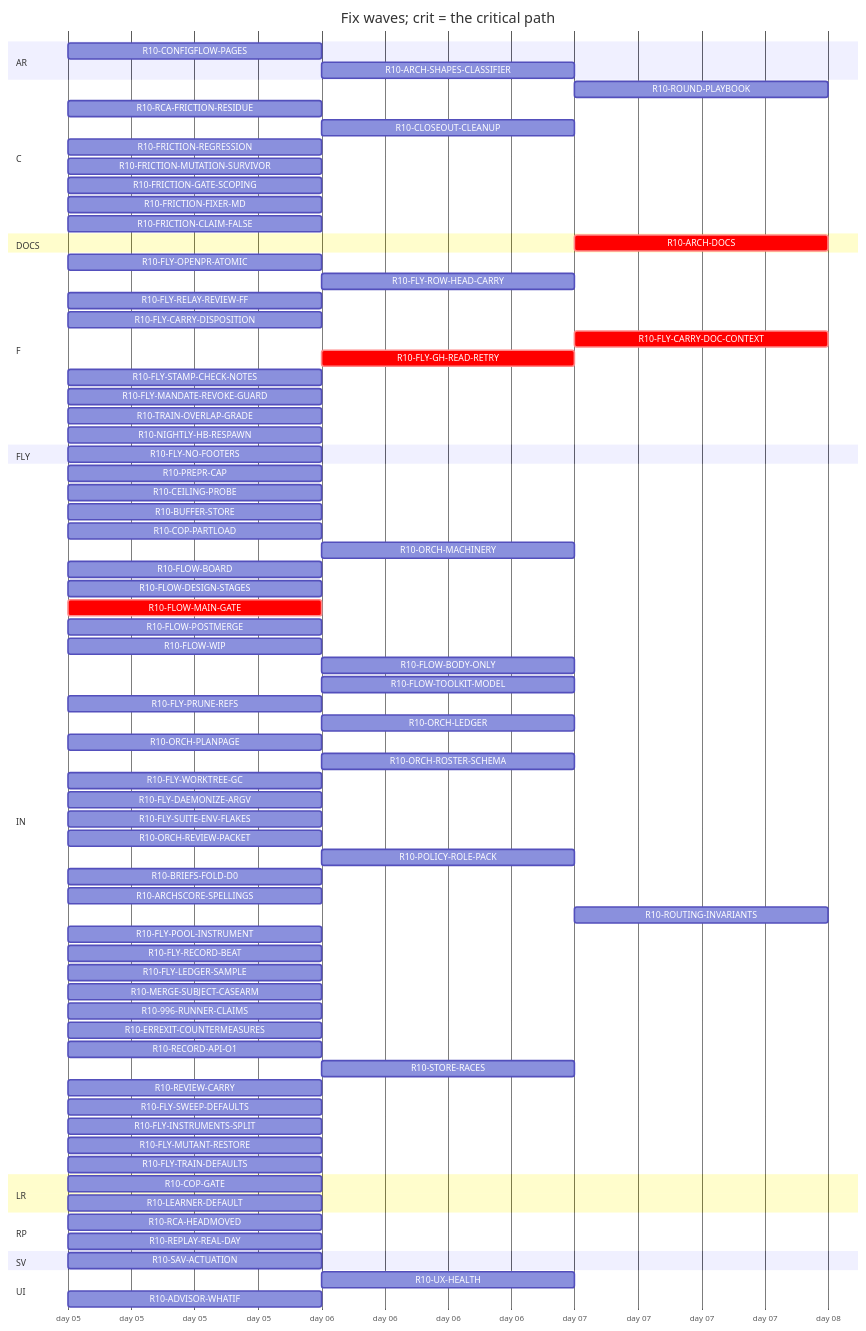
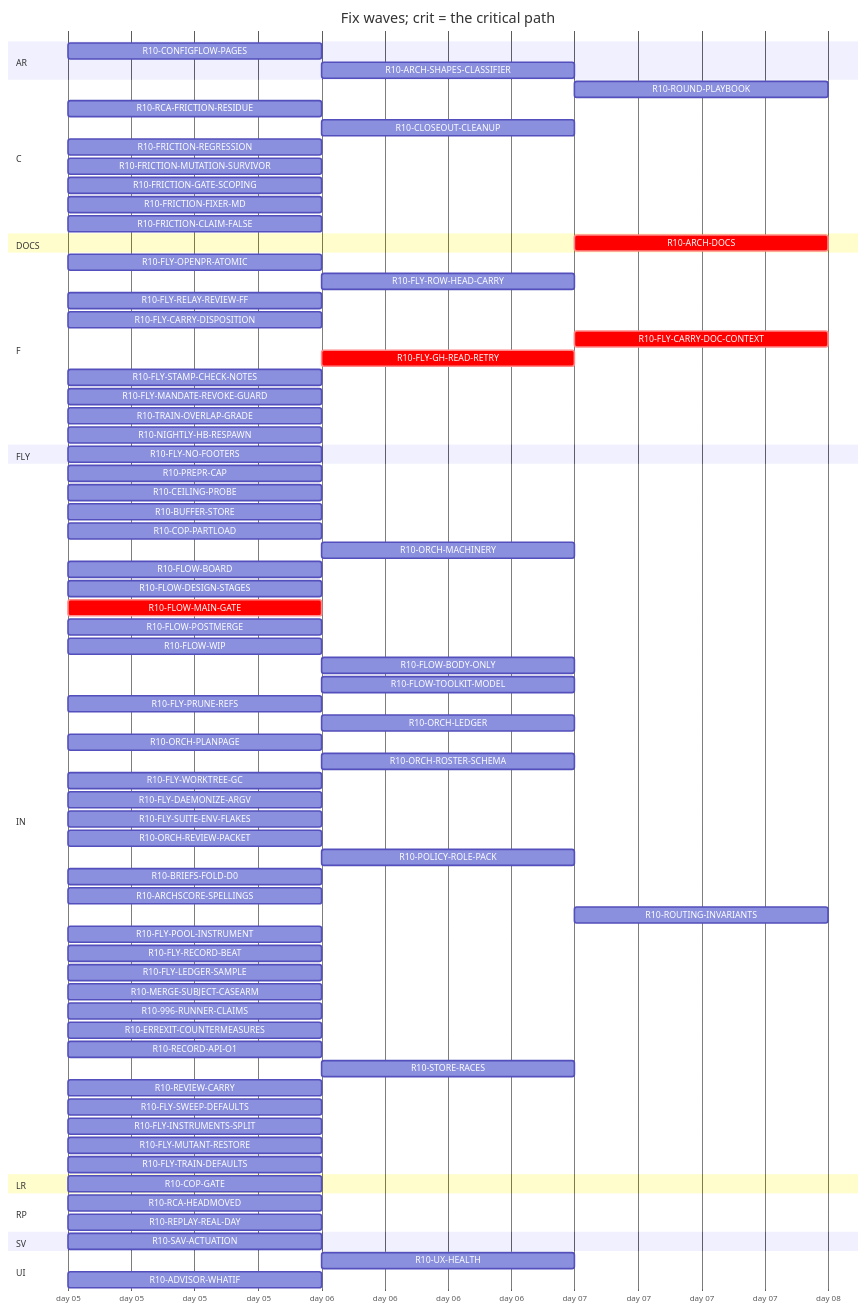
Before and after one commit to tvofi/heatpump_optimizer: the diagram in handoff/round10/state/PLAN-TABLE.md, drawn with Mermaid. The commit also changed other lines of this file and 3 other files, not shown here.

Commit message:
state: FLOW-BOARD.md, NEXT-SESSION-PROMPT.md, PLAN-TABLE.md, RESUME-CURRENT.md regenerated (state_docs.py)

````diff
--- a/handoff/round10/state/PLAN-TABLE.md
+++ b/handoff/round10/state/PLAN-TABLE.md
@@ -23,82 +23,81 @@
 ```mermaid
 gantt
   title Fix waves; crit = the critical path
   dateFormat YYYY-MM-DD
   axisFormat day %d
   section AR
     R10-CONFIGFLOW-PAGES :r10CONFIGFLOWPAGES, 2026-01-05, 1d
     R10-ARCH-SHAPES-CLASSIFIER :r10ARCHSHAPESCLASSIFIER, after r10996RUNNERCLAIMS, 1d
   section C
     R10-ROUND-PLAYBOOK :r10ROUNDPLAYBOOK, after r10ORCHLEDGER r10ORCHPLANPAGE r10FLOWMAINGATE r10FLYRELAYREVIEWFF r10FLOWBODYONLY, 1d
     R10-RCA-FRICTION-RESIDUE :r10RCAFRICTIONRESIDUE, 2026-01-05, 1d
     R10-CLOSEOUT-CLEANUP :r10CLOSEOUTCLEANUP, after r10FLYPRUNEREFS r10FLYWORKTREEGC, 1d
     R10-FRICTION-REGRESSION :r10FRICTIONREGRESSION, 2026-01-05, 1d
     R10-FRICTION-MUTATION-SURVIVOR :r10FRICTIONMUTATIONSURVIVOR, 2026-01-05, 1d
     R10-FRICTION-GATE-SCOPING :r10FRICTIONGATESCOPING, 2026-01-05, 1d
     R10-FRICTION-FIXER-MD :r10FRICTIONFIXERMD, 2026-01-05, 1d
     R10-FRICTION-CLAIM-FALSE :r10FRICTIONCLAIMFALSE, 2026-01-05, 1d
   section DOCS
-    R10-ARCH-DOCS :crit, r10ARCHDOCS, after r10COPGATE r10UXHEALTH r10CONFIGFLOWPAGES r10RCAHEADMOVED r10CEILINGPROBE r10BUFFERSTORE r10COPPARTLOAD r10LEARNERDEFAULT r10FLOWBOARD r10FLOWDESIGNSTAGES r10FLOWPOSTMERGE r10FLOWWIP r10FLOWBODYONLY r10FLYOPENPRATOMIC r10FLYROWHEADCARRY r10FLYRELAYREVIEWFF r10FLYCARRYDISPOSITION r10FLYCARRYDOCCONTEXT r10FLOWTOOLKITMODEL r10FLYSTAMPCHECKNOTES r10FLYMANDATEREVOKEGUARD r10RCAFRICTIONRESIDUE r10TRAINOVERLAPGRADE r10NIGHTLYHBRESPAWN r10FLYPRUNEREFS r10ORCHLEDGER r10ORCHPLANPAGE r10ORCHROSTERSCHEMA r10FLYWORKTREEGC r10FLYDAEMONIZEARGV r10ORCHREVIEWPACKET r10POLICYROLEPACK r10BRIEFSFOLDD0 r10REPLAYREALDAY r10ARCHSCORESPELLINGS r10SAVACTUATION r10FLYLEDGERSAMPLE, 1d
+    R10-ARCH-DOCS :crit, r10ARCHDOCS, after r10COPGATE r10UXHEALTH r10CONFIGFLOWPAGES r10RCAHEADMOVED r10CEILINGPROBE r10BUFFERSTORE r10COPPARTLOAD r10FLOWBOARD r10FLOWDESIGNSTAGES r10FLOWPOSTMERGE r10FLOWWIP r10FLOWBODYONLY r10FLYOPENPRATOMIC r10FLYROWHEADCARRY r10FLYRELAYREVIEWFF r10FLYCARRYDISPOSITION r10FLYCARRYDOCCONTEXT r10FLOWTOOLKITMODEL r10FLYSTAMPCHECKNOTES r10FLYMANDATEREVOKEGUARD r10RCAFRICTIONRESIDUE r10TRAINOVERLAPGRADE r10NIGHTLYHBRESPAWN r10FLYPRUNEREFS r10ORCHLEDGER r10ORCHPLANPAGE r10ORCHROSTERSCHEMA r10FLYWORKTREEGC r10FLYDAEMONIZEARGV r10ORCHREVIEWPACKET r10POLICYROLEPACK r10BRIEFSFOLDD0 r10REPLAYREALDAY r10ARCHSCORESPELLINGS r10SAVACTUATION r10FLYLEDGERSAMPLE, 1d
   section F
     R10-FLY-OPENPR-ATOMIC :r10FLYOPENPRATOMIC, 2026-01-05, 1d
     R10-FLY-ROW-HEAD-CARRY :r10FLYROWHEADCARRY, after r10FLYOPENPRATOMIC, 1d
     R10-FLY-RELAY-REVIEW-FF :r10FLYRELAYREVIEWFF, 2026-01-05, 1d
     R10-FLY-CARRY-DISPOSITION :r10FLYCARRYDISPOSITION, 2026-01-05, 1d
     R10-FLY-CARRY-DOC-CONTEXT :crit, r10FLYCARRYDOCCONTEXT, after r10FLYGHREADRETRY, 1d
     R10-FLY-GH-READ-RETRY :crit, r10FLYGHREADRETRY, after r10FLOWMAINGATE, 1d
     R10-FLY-STAMP-CHECK-NOTES :r10FLYSTAMPCHECKNOTES, 2026-01-05, 1d
     R10-FLY-MANDATE-REVOKE-GUARD :r10FLYMANDATEREVOKEGUARD, 2026-01-05, 1d
     R10-TRAIN-OVERLAP-GRADE :r10TRAINOVERLAPGRADE, 2026-01-05, 1d
     R10-NIGHTLY-HB-RESPAWN :r10NIGHTLYHBRESPAWN, 2026-01-05, 1d
   section FLY
     R10-FLY-NO-FOOTERS :r10FLYNOFOOTERS, 2026-01-05, 1d
   section IN
     R10-PREPR-CAP :r10PREPRCAP, 2026-01-05, 1d
     R10-CEILING-PROBE :r10CEILINGPROBE, 2026-01-05, 1d
     R10-BUFFER-STORE :r10BUFFERSTORE, 2026-01-05, 1d
     R10-COP-PARTLOAD :r10COPPARTLOAD, 2026-01-05, 1d
     R10-ORCH-MACHINERY :r10ORCHMACHINERY, after r10FLOWMAINGATE, 1d
     R10-FLOW-BOARD :r10FLOWBOARD, 2026-01-05, 1d
     R10-FLOW-DESIGN-STAGES :r10FLOWDESIGNSTAGES, 2026-01-05, 1d
     R10-FLOW-MAIN-GATE :crit, r10FLOWMAINGATE, 2026-01-05, 1d
     R10-FLOW-POSTMERGE :r10FLOWPOSTMERGE, 2026-01-05, 1d
     R10-FLOW-WIP :r10FLOWWIP, 2026-01-05, 1d
     R10-FLOW-BODY-ONLY :r10FLOWBODYONLY, after r10FLYOPENPRATOMIC, 1d
     R10-FLOW-TOOLKIT-MODEL :r10FLOWTOOLKITMODEL, after r10ORCHPLANPAGE, 1d
     R10-FLY-PRUNE-REFS :r10FLYPRUNEREFS, 2026-01-05, 1d
     R10-ORCH-LEDGER :r10ORCHLEDGER, after r10FLOWMAINGATE, 1d
     R10-ORCH-PLANPAGE :r10ORCHPLANPAGE, 2026-01-05, 1d
     R10-ORCH-ROSTER-SCHEMA :r10ORCHROSTERSCHEMA, after r10FLOWMAINGATE, 1d
     R10-FLY-WORKTREE-GC :r10FLYWORKTREEGC, 2026-01-05, 1d
     R10-FLY-DAEMONIZE-ARGV :r10FLYDAEMONIZEARGV, 2026-01-05, 1d
     R10-FLY-SUITE-ENV-FLAKES :r10FLYSUITEENVFLAKES, 2026-01-05, 1d
     R10-ORCH-REVIEW-PACKET :r10ORCHREVIEWPACKET, 2026-01-05, 1d
     R10-POLICY-ROLE-PACK :r10POLICYROLEPACK, after r10FLOWDESIGNSTAGES, 1d
     R10-BRIEFS-FOLD-D0 :r10BRIEFSFOLDD0, 2026-01-05, 1d
     R10-ARCHSCORE-SPELLINGS :r10ARCHSCORESPELLINGS, 2026-01-05, 1d
     R10-ROUTING-INVARIANTS :r10ROUTINGINVARIANTS, after r10ORCHROSTERSCHEMA, 1d
     R10-FLY-POOL-INSTRUMENT :r10FLYPOOLINSTRUMENT, 2026-01-05, 1d
     R10-FLY-RECORD-BEAT :r10FLYRECORDBEAT, 2026-01-05, 1d
     R10-FLY-LEDGER-SAMPLE :r10FLYLEDGERSAMPLE, 2026-01-05, 1d
     R10-MERGE-SUBJECT-CASEARM :r10MERGESUBJECTCASEARM, 2026-01-05, 1d
     R10-996-RUNNER-CLAIMS :r10996RUNNERCLAIMS, 2026-01-05, 1d
     R10-ERREXIT-COUNTERMEASURES :r10ERREXITCOUNTERMEASURES, 2026-01-05, 1d
     R10-RECORD-API-O1 :r10RECORDAPIO1, 2026-01-05, 1d
     R10-STORE-RACES :r10STORERACES, after r10BUFFERSTORE, 1d
     R10-REVIEW-CARRY :r10REVIEWCARRY, 2026-01-05, 1d
     R10-FLY-SWEEP-DEFAULTS :r10FLYSWEEPDEFAULTS, 2026-01-05, 1d
     R10-FLY-INSTRUMENTS-SPLIT :r10FLYINSTRUMENTSSPLIT, 2026-01-05, 1d
     R10-FLY-MUTANT-RESTORE :r10FLYMUTANTRESTORE, 2026-01-05, 1d
     R10-FLY-TRAIN-DEFAULTS :r10FLYTRAINDEFAULTS, 2026-01-05, 1d
   section LR
     R10-COP-GATE :r10COPGATE, 2026-01-05, 1d
-    R10-LEARNER-DEFAULT :r10LEARNERDEFAULT, 2026-01-05, 1d
   section RP
     R10-RCA-HEADMOVED :r10RCAHEADMOVED, 2026-01-05, 1d
     R10-REPLAY-REAL-DAY :r10REPLAYREALDAY, 2026-01-05, 1d
   section SV
     R10-SAV-ACTUATION :r10SAVACTUATION, 2026-01-05, 1d
   section UI
     R10-UX-HEALTH :r10UXHEALTH, after r10COPGATE, 1d
     R10-ADVISOR-WHATIF :r10ADVISORWHATIF, 2026-01-05, 1d
 ```
````
